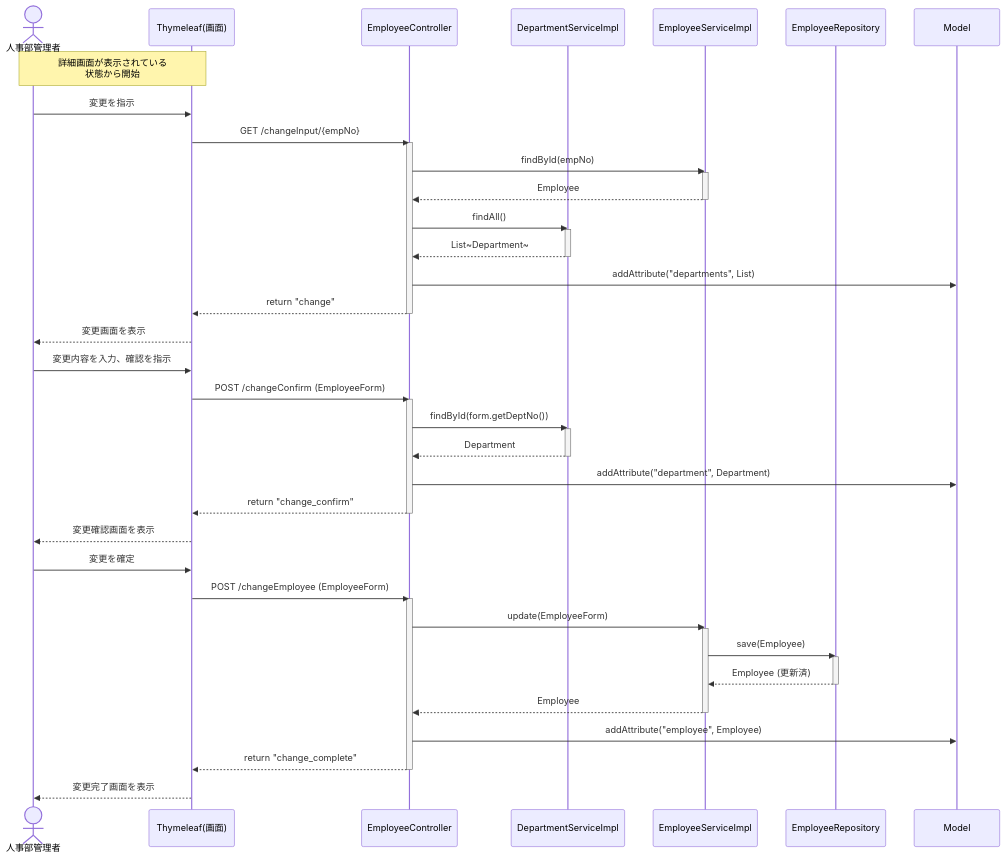
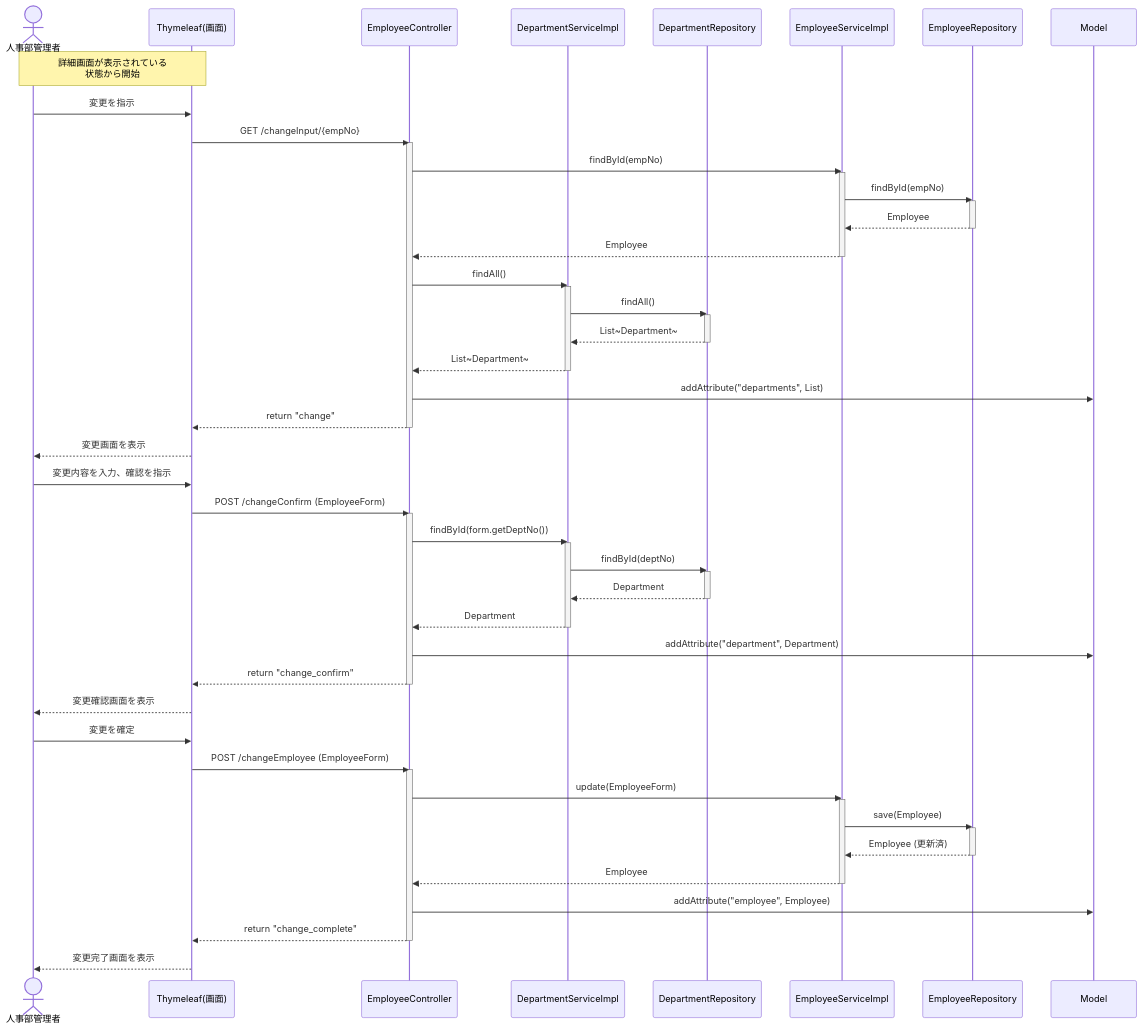
Before and after one commit to juyeongjung1/NewEIMS: diagram 24 of 25 in EIMS_Comprehensive_Exercise_Guide.md, drawn with Mermaid. The commit also changed other lines of this file and 1 other file, not shown here.

````diff
--- a/EIMS_Comprehensive_Exercise_Guide.md
+++ b/EIMS_Comprehensive_Exercise_Guide.md
@@ -1752,55 +1901,68 @@
 ```mermaid
 sequenceDiagram
     actor Admin as 人事部管理者
     participant View as Thymeleaf(画面)
     participant Ctrl as EmployeeController
     participant DSvc as DepartmentServiceImpl
+    participant DRep as DepartmentRepository
     participant Svc as EmployeeServiceImpl
     participant Rep as EmployeeRepository
     participant Model as Model
 
     note over Admin, View: 詳細画面が表示されている<br/>状態から開始
     Admin ->> View: 変更を指示
     View ->> Ctrl: GET /changeInput/{empNo}
     activate Ctrl
     Ctrl ->> Svc: findById(empNo)
     activate Svc
+    Svc ->> Rep: findById(empNo)
+    activate Rep
+    Rep -->> Svc: Employee
+    deactivate Rep
     Svc -->> Ctrl: Employee
     deactivate Svc
     Ctrl ->> DSvc: findAll()
     activate DSvc
+    DSvc ->> DRep: findAll()
+    activate DRep
+    DRep -->> DSvc: List~Department~
+    deactivate DRep
     DSvc -->> Ctrl: List~Department~
     deactivate DSvc
     Ctrl ->> Model: addAttribute("departments", List)
     Ctrl -->> View: return "change"
     deactivate Ctrl
     View -->> Admin: 変更画面を表示
-    
+  
     Admin ->> View: 変更内容を入力、確認を指示
     View ->> Ctrl: POST /changeConfirm (EmployeeForm)
     activate Ctrl
     Ctrl ->> DSvc: findById(form.getDeptNo())
     activate DSvc
+    DSvc ->> DRep: findById(deptNo)
+    activate DRep
+    DRep -->> DSvc: Department
+    deactivate DRep
     DSvc -->> Ctrl: Department
     deactivate DSvc
     Ctrl ->> Model: addAttribute("department", Department)
     Ctrl -->> View: return "change_confirm"
     deactivate Ctrl
     View -->> Admin: 変更確認画面を表示
-    
+  
     Admin ->> View: 変更を確定
     View ->> Ctrl: POST /changeEmployee (EmployeeForm)
     activate Ctrl
     Ctrl ->> Svc: update(EmployeeForm)
     activate Svc
     Svc ->> Rep: save(Employee)
     activate Rep
     Rep -->> Svc: Employee (更新済)
     deactivate Rep
     Svc -->> Ctrl: Employee
     deactivate Svc
     Ctrl ->> Model: addAttribute("employee", Employee)
     Ctrl -->> View: return "change_complete"
     deactivate Ctrl
     View -->> Admin: 変更完了画面を表示
 ```
````
